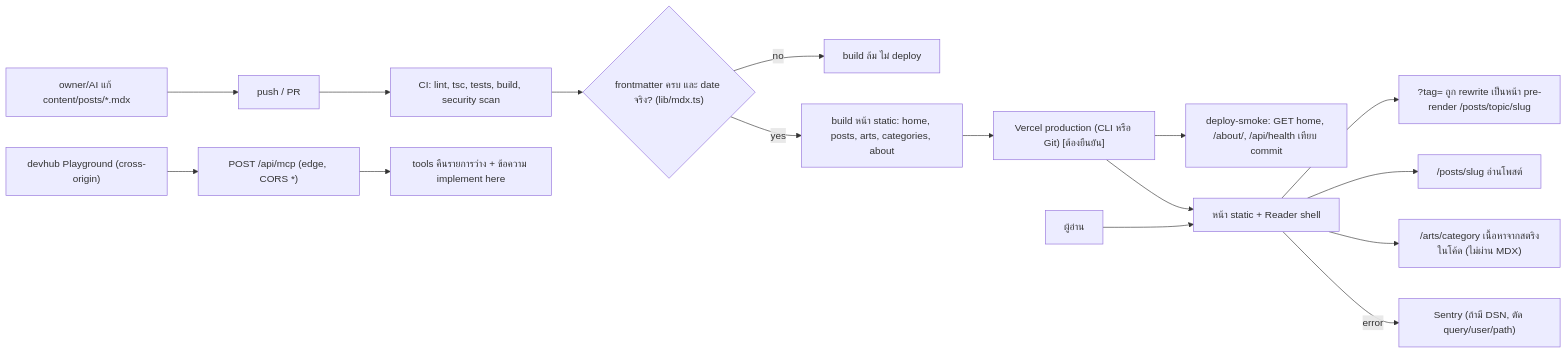
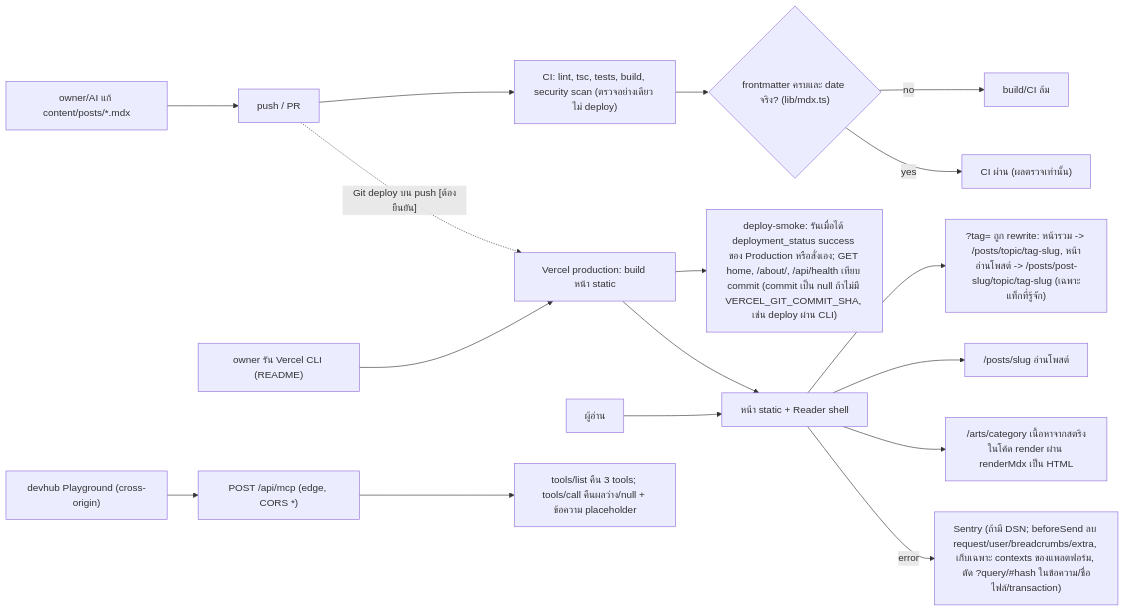
The first of 2 diagrams in docs/diagrams/01-business-process.md (bookchaowalit-website/content-artblog-web), drawn with Mermaid before and after one commit. The commit also changed other lines of this file, not shown here.

Commit message:
docs: correct As-Is/To-Be facts from review (01-business-process)

````diff
--- a/docs/diagrams/01-business-process.md
+++ b/docs/diagrams/01-business-process.md
@@ -9,18 +9,19 @@
 ```mermaid
 flowchart LR
   AUTHOR["owner/AI แก้ content/posts/*.mdx"] --> PR["push / PR"]
-  PR --> CI["CI: lint, tsc, tests, build, security scan"]
-  CI --> VAL{"frontmatter ครบ และ date จริง? (lib/mdx.ts)"}
-  VAL -->|no| FAIL["build ล้ม ไม่ deploy"]
-  VAL -->|yes| BUILD["build หน้า static: home, posts, arts, categories, about"]
-  BUILD --> DEPLOY["Vercel production (CLI หรือ Git) [ต้องยืนยัน]"]
-  DEPLOY --> SMOKE["deploy-smoke: GET home, /about/, /api/health เทียบ commit"]
+  PR --> CI["CI: lint, tsc, tests, build, security scan (ตรวจอย่างเดียว ไม่ deploy)"]
+  CI --> VAL{"frontmatter ครบและ date จริง? (lib/mdx.ts)"}
+  VAL -->|no| FAIL["build/CI ล้ม"]
+  VAL -->|yes| PASS["CI ผ่าน (ผลตรวจเท่านั้น)"]
+  OWNER["owner รัน Vercel CLI (README)"] --> DEPLOY["Vercel production: build หน้า static"]
+  PR -.->|"Git deploy บน push [ต้องยืนยัน]"| DEPLOY
+  DEPLOY --> SMOKE["deploy-smoke: รันเมื่อได้ deployment_status success ของ Production หรือสั่งเอง; GET home, /about/, /api/health เทียบ commit (commit เป็น null ถ้าไม่มี VERCEL_GIT_COMMIT_SHA, เช่น deploy ผ่าน CLI)"]
   READER["ผู้อ่าน"] --> SITE["หน้า static + Reader shell"]
   DEPLOY --> SITE
-  SITE --> TAG["?tag= ถูก rewrite เป็นหน้า pre-render /posts/topic/slug"]
+  SITE --> TAG["?tag= ถูก rewrite: หน้ารวม -> /posts/topic/tag-slug, หน้าอ่านโพสต์ -> /posts/post-slug/topic/tag-slug (เฉพาะแท็กที่รู้จัก)"]
   SITE --> POST["/posts/slug อ่านโพสต์"]
-  SITE --> ARTS["/arts/category เนื้อหาจากสตริงในโค้ด (ไม่ผ่าน MDX)"]
-  SITE -->|error| SENTRY["Sentry (ถ้ามี DSN, ตัด query/user/path)"]
+  SITE --> ARTS["/arts/category เนื้อหาจากสตริงในโค้ด render ผ่าน renderMdx เป็น HTML"]
+  SITE -->|error| SENTRY["Sentry (ถ้ามี DSN; beforeSend ลบ request/user/breadcrumbs/extra, เก็บเฉพาะ contexts ของแพลตฟอร์ม, ตัด ?query/#hash ในข้อความ/ชื่อไฟล์/transaction)"]
   CALLER["devhub Playground (cross-origin)"] --> MCP["POST /api/mcp (edge, CORS *)"]
-  MCP --> STUB["tools คืนรายการว่าง + ข้อความ implement here"]
+  MCP --> STUB["tools/list คืน 3 tools; tools/call คืนผลว่าง/null + ข้อความ placeholder"]
 ```
````
